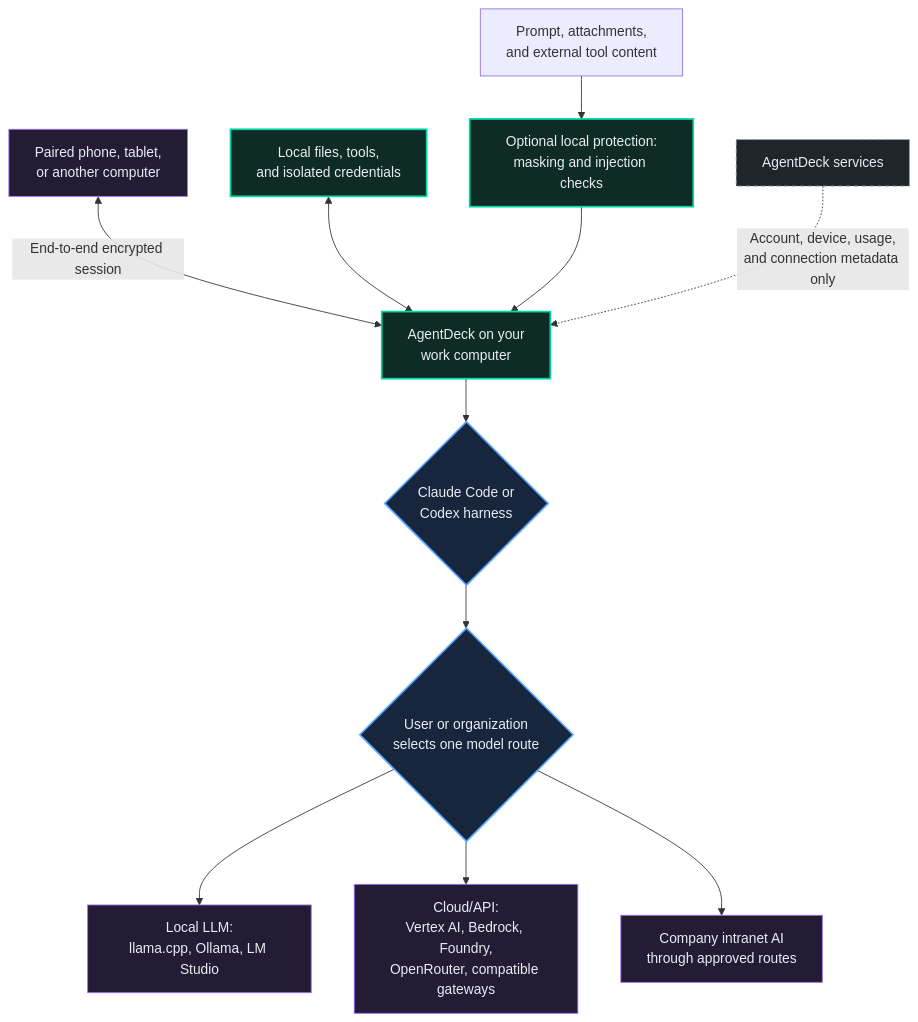
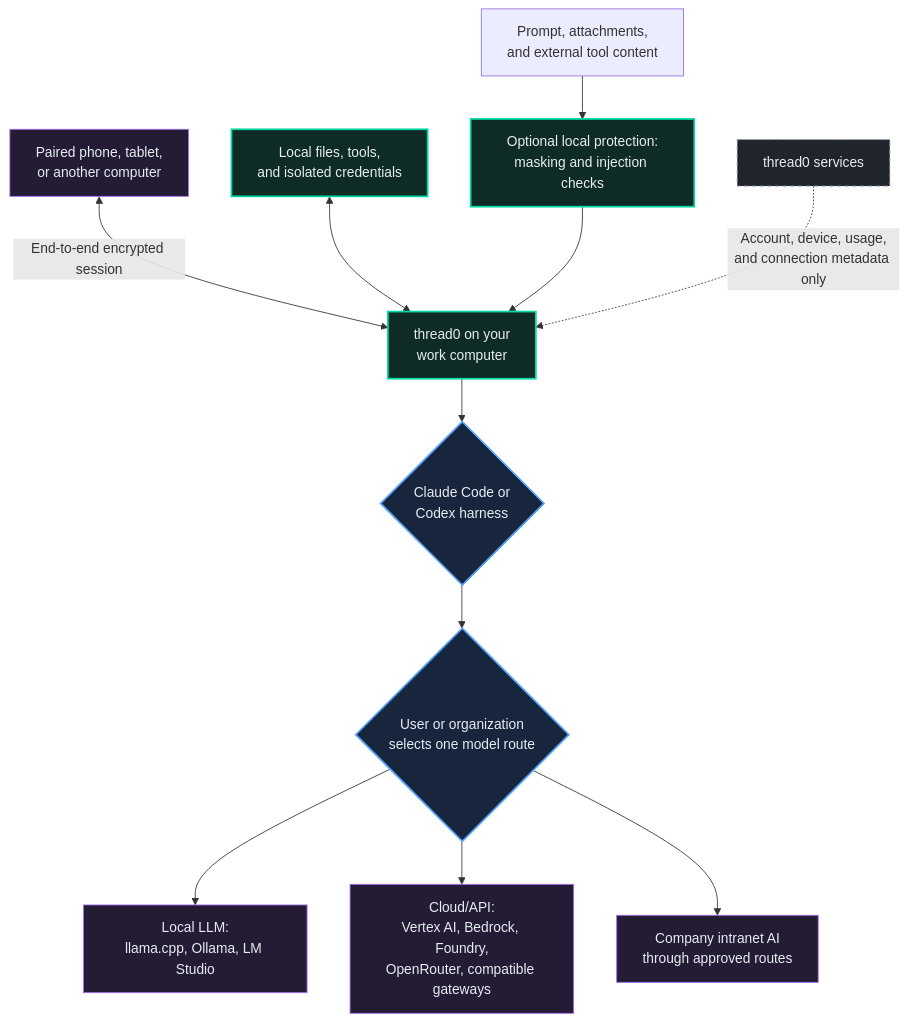
One commit to GenDistrict/AgentDeck changed the first of 3 diagrams in README.md. Above: the diagram before and after it, drawn with Mermaid. The commit also changed other lines of this file and 2 other files, not shown here.

Commit message:
0.1.215: account-safe pairing, developer revocation, live dictation

````diff
--- a/README.md
+++ b/README.md
@@ -30,22 +30,22 @@
 ```mermaid
 flowchart TB
-    Remote["Paired phone, tablet,<br/>or another computer"] <-->|"End-to-end encrypted session"| Desktop["AgentDeck on your<br/>work computer"]
+    Remote["Paired phone, tablet,<br/>or another computer"] <-->|"End-to-end encrypted session"| Desktop["thread0 on your<br/>work computer"]
     Input["Prompt, attachments,<br/>and external tool content"] --> Guard["Optional local protection:<br/>masking and injection checks"]
     Files["Local files, tools,<br/>and isolated credentials"] <--> Desktop
     Guard --> Desktop
     Desktop --> Harness{"Claude Code or<br/>Codex harness"}
     Harness --> Route{"User or organization<br/>selects one model route"}
     Route --> Local["Local LLM:<br/>llama.cpp, Ollama, LM Studio"]
     Route --> Cloud["Cloud/API:<br/>Vertex AI, Bedrock, Foundry,<br/>OpenRouter, compatible gateways"]
     Route --> Company["Company intranet AI<br/>through approved routes"]
-    Control["AgentDeck services"] -. "Account, device, usage,<br/>and connection metadata only" .-> Desktop
+    Control["thread0 services"] -. "Account, device, usage,<br/>and connection metadata only" .-> Desktop
 
     classDef local fill:#0f2b25,stroke:#00d9a3,color:#e6edf3,stroke-width:2px
     classDef core fill:#17253d,stroke:#58a6ff,color:#e6edf3,stroke-width:2px
     classDef endpoint fill:#241b35,stroke:#a371f7,color:#e6edf3
     classDef metadata fill:#20252b,stroke:#8b949e,color:#e6edf3,stroke-dasharray:5 4
     class Desktop,Guard,Files local
     class Harness,Route core
     class Remote,Local,Cloud,Company endpoint
     class Control metadata
 ```
````
